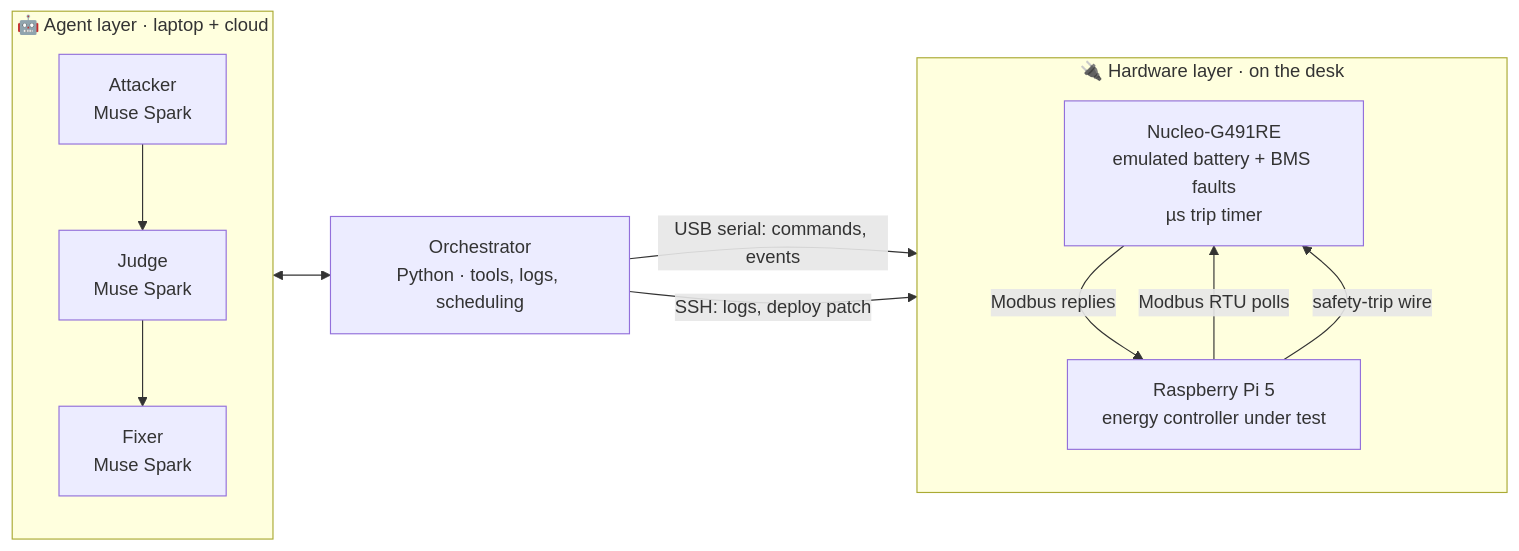
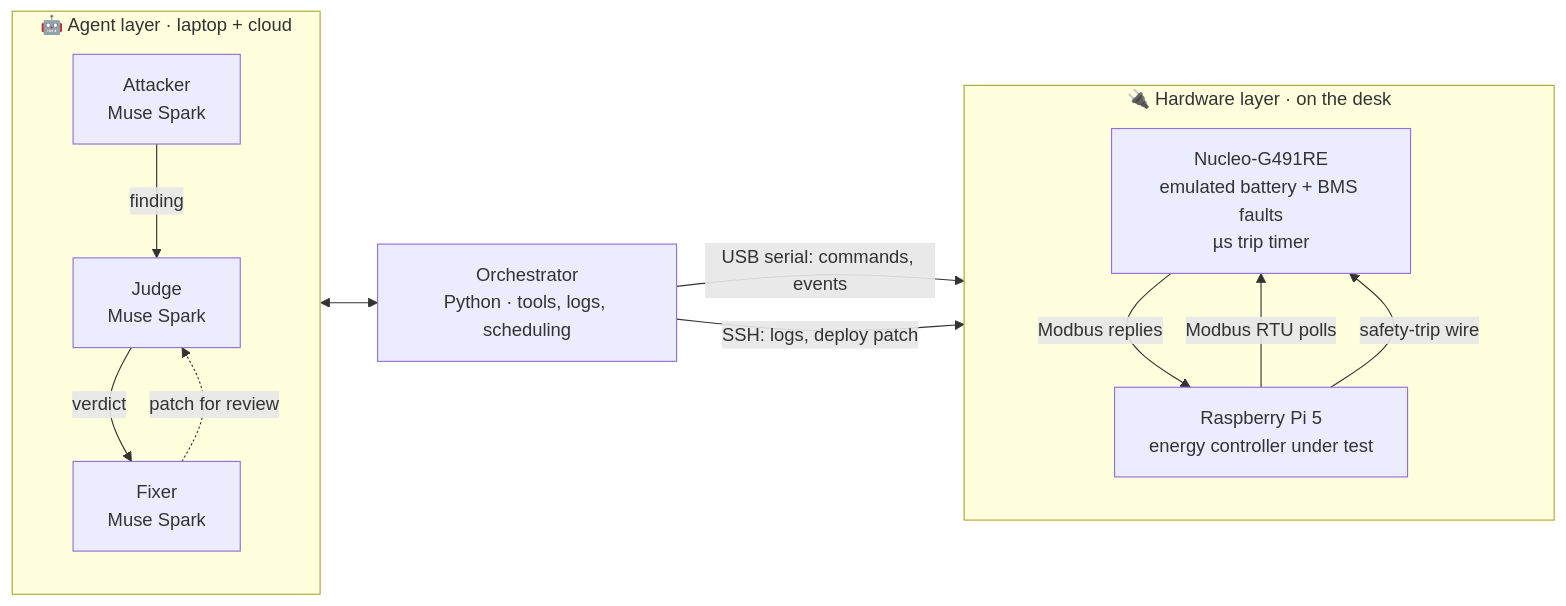
One commit to SujahathMSM/gridtwin changed the first of 3 diagrams in README.md. Above: the diagram before and after it, drawn with Mermaid. The commit also changed other lines of this file and 1 other file, not shown here.

````diff
--- a/README.md
+++ b/README.md
@@ -55,25 +56,27 @@
 ```mermaid
 flowchart LR
     subgraph AI["🤖 Agent layer · laptop + cloud"]
         direction TB
         A["Attacker<br/>Muse Spark"]
         J["Judge<br/>Muse Spark"]
         F["Fixer<br/>Muse Spark"]
-        A --> J --> F
+        A -- "finding" --> J
+        J -- "verdict" --> F
+        F -.->|"patch for review"| J
     end
 
     O["Orchestrator<br/>Python · tools, logs, scheduling"]
 
     subgraph HW["🔌 Hardware layer · on the desk"]
         direction TB
         N["Nucleo-G491RE<br/>emulated battery + BMS faults<br/>µs trip timer"]
         P["Raspberry Pi 5<br/>energy controller under test"]
     end
 
     AI <--> O
     O -- "USB serial: commands, events" --> N
     O -- "SSH: logs, deploy patch" --> P
     P -- "Modbus RTU polls" --> N
     N -- "Modbus replies" --> P
     P -- "safety-trip wire" --> N
 ```
````
